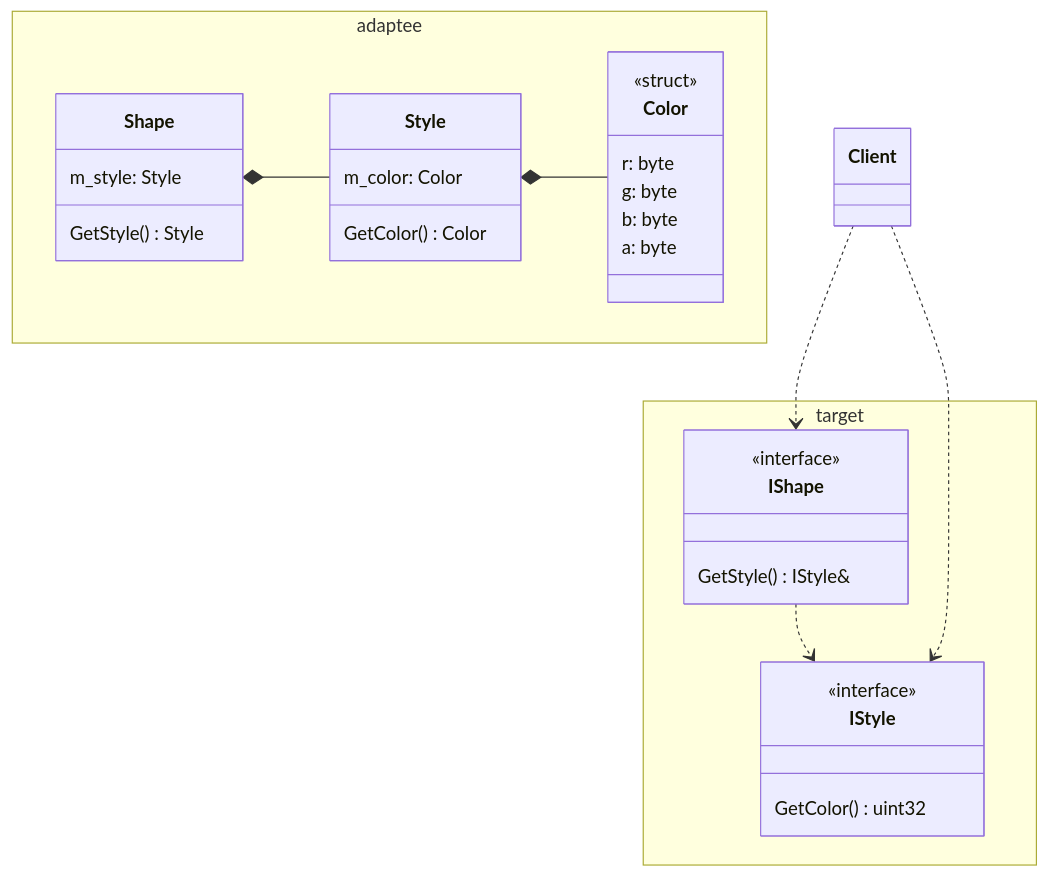
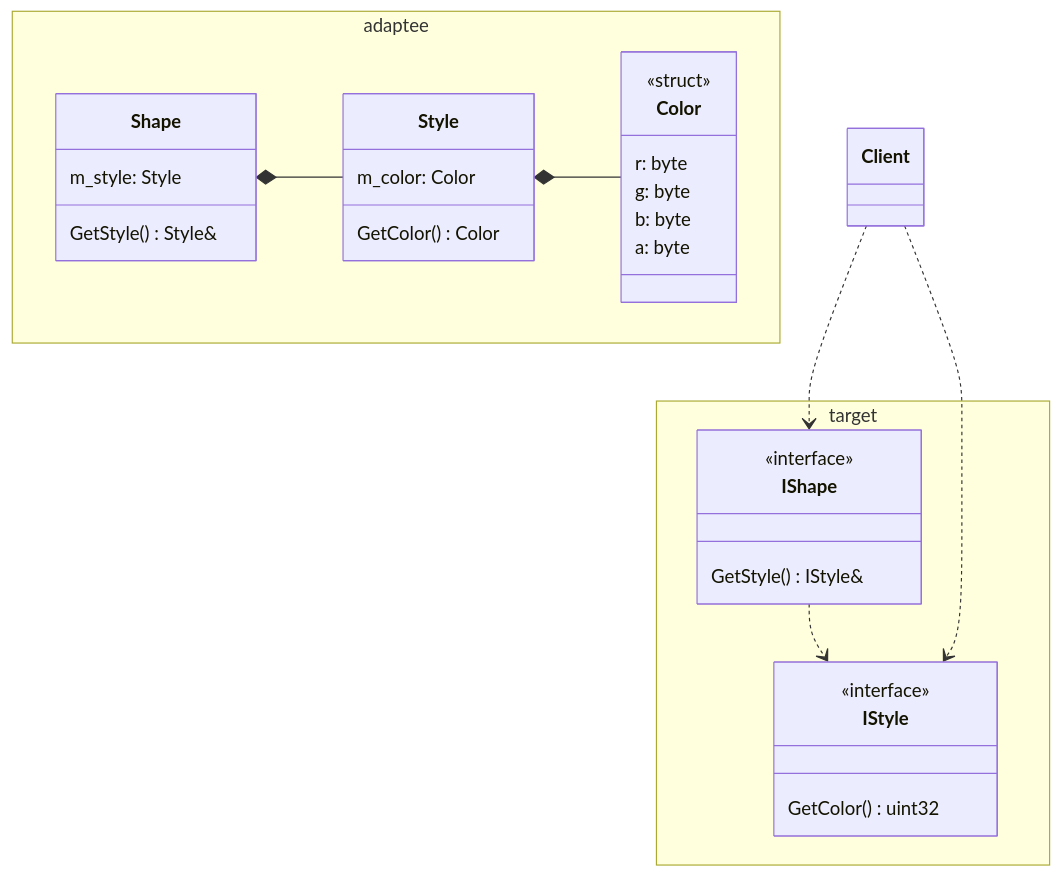
Before and after one commit to alexey-malov/ood: the diagram in exam/README.md, drawn with Mermaid.

Commit message:
Обновил диаграмму классов для задачи к паттерну Адаптер

````diff
--- a/exam/README.md
+++ b/exam/README.md
@@ -151,40 +151,40 @@
   ```mermaid
   classDiagram
     namespace target {
       class IShape {
         <<interface>>
         GetStyle() IStyle&
       }
 
       class IStyle {
         <<interface>>
         GetColor() uint32
       }
     }
 
     namespace adaptee {
       class Shape {
         m_style: Style
-        GetStyle() Style
+        GetStyle() Style&
       }
       class Style {
         m_color: Color
         GetColor() Color
       }
       class Color {
         <<struct>>
         r: byte
         g: byte
         b: byte
         a: byte
       }
     }
     class Client {
     }
 
     IShape ..> IStyle
     Shape *-- Style
     Style *-- Color
     Client ..> IShape
     Client ..> IStyle
   ```
````
